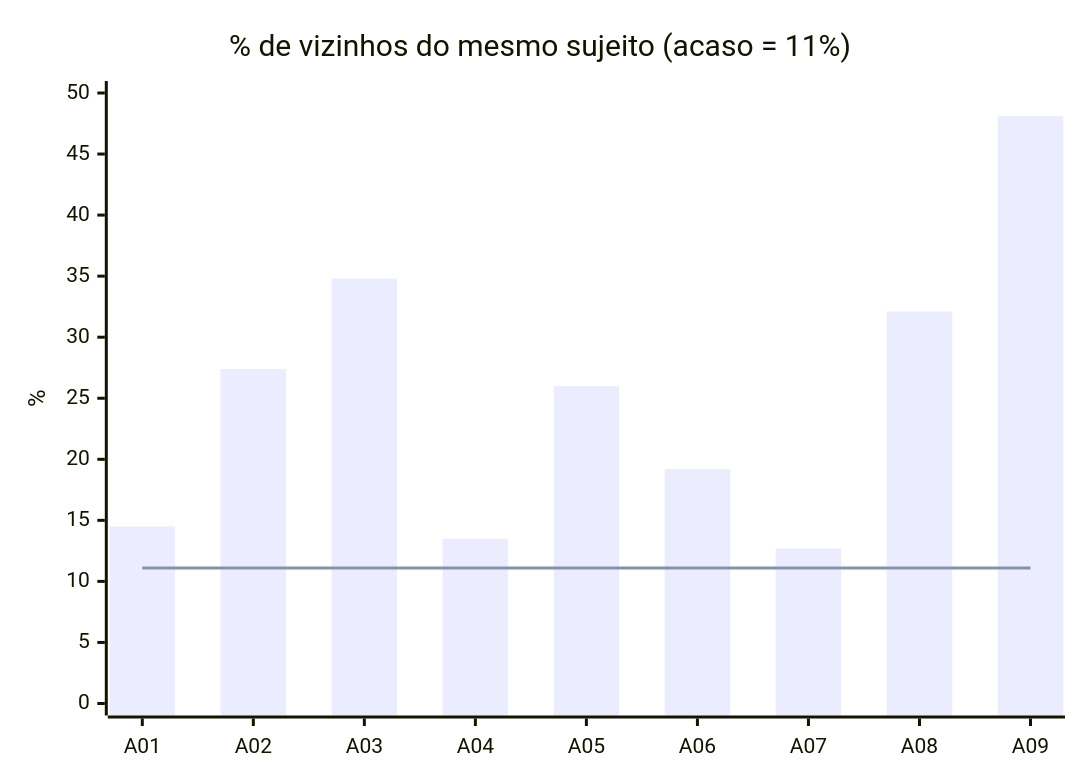
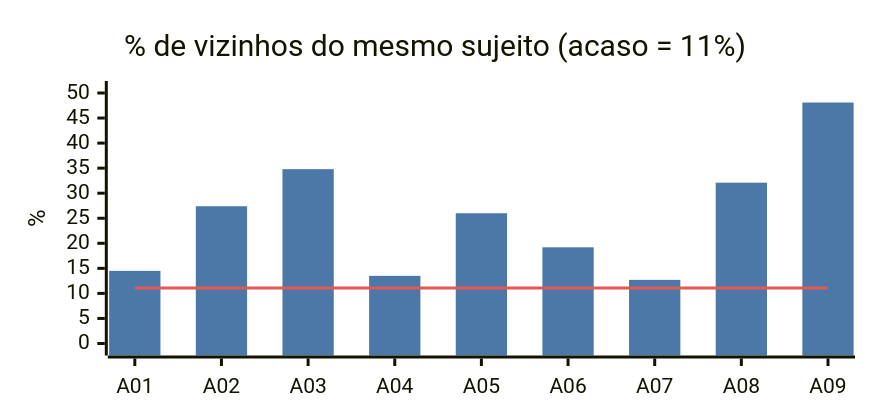
The seventh of 8 diagrams in README.md (kafb04/data-engineering-multimodal-ai), drawn with Mermaid before and after one commit. The commit also changed other lines of this file, not shown here.

````diff
--- a/README.md
+++ b/README.md
@@ -223,8 +229,17 @@
 ```mermaid
+---
+config:
+  xyChart:
+    width: 560
+    height: 260
+  themeVariables:
+    xyChart:
+      plotColorPalette: "#4C78A8, #E45756"
+---
 xychart-beta
     title "% de vizinhos do mesmo sujeito (acaso = 11%)"
     x-axis [A01, A02, A03, A04, A05, A06, A07, A08, A09]
     y-axis "%" 0 --> 50
     bar [14.5, 27.4, 34.8, 13.5, 26.0, 19.2, 12.7, 32.1, 48.1]
     line [11.1, 11.1, 11.1, 11.1, 11.1, 11.1, 11.1, 11.1, 11.1]
 ```
````
